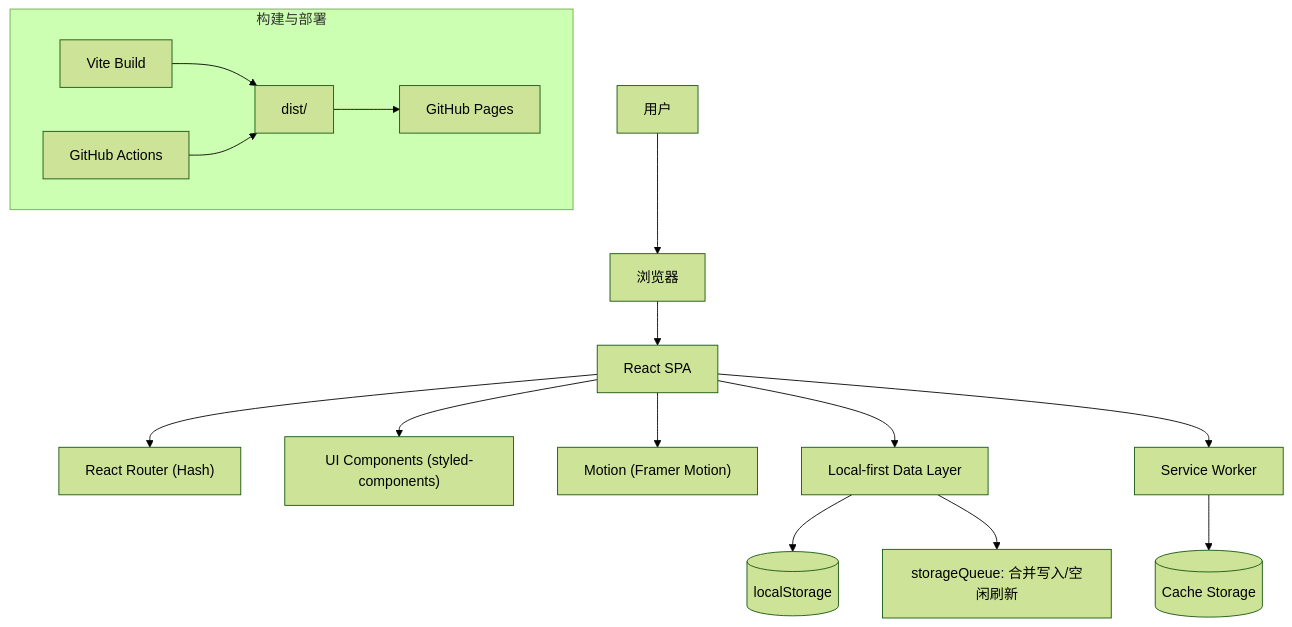
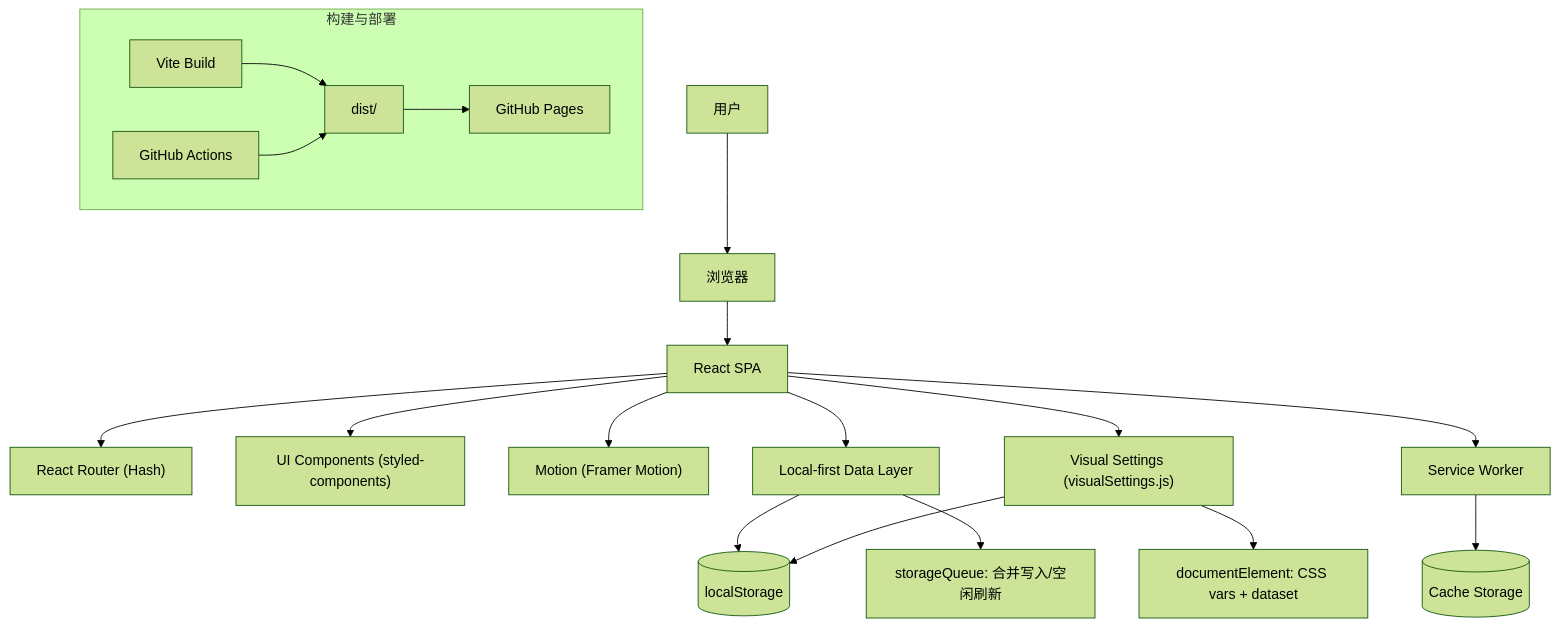
The first of 2 diagrams in helloagents/wiki/arch.md (TUR1412/Guoman), drawn with Mermaid (forest theme) before and after one commit. The commit also changed 21 other files, not shown here.

````diff
--- a/helloagents/wiki/arch.md
+++ b/helloagents/wiki/arch.md
@@ -5,22 +5,26 @@
 ```mermaid
 flowchart TD
   User[用户] --> Browser[浏览器]
   Browser --> App[React SPA]
 
   App --> Router["React Router (Hash)"]
   App --> UI["UI Components (styled-components)"]
   App --> Motion["Motion (Framer Motion)"]
 
   App --> Data["Local-first Data Layer"]
   Data --> LS[(localStorage)]
   Data --> Queue["storageQueue: 合并写入/空闲刷新"]
 
+  App --> Visual["Visual Settings (visualSettings.js)"]
+  Visual --> LS
+  Visual --> Root["documentElement: CSS vars + dataset"]
+
   App --> PWA[Service Worker]
   PWA --> Cache[(Cache Storage)]
 
   subgraph Build[构建与部署]
     Vite[Vite Build] --> Dist[dist/]
     Actions[GitHub Actions] --> Dist
     Dist --> Pages[GitHub Pages]
   end
 ```
````
